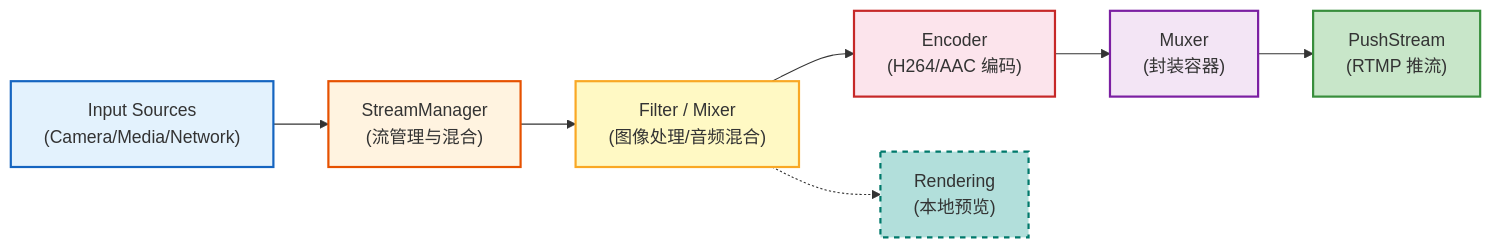
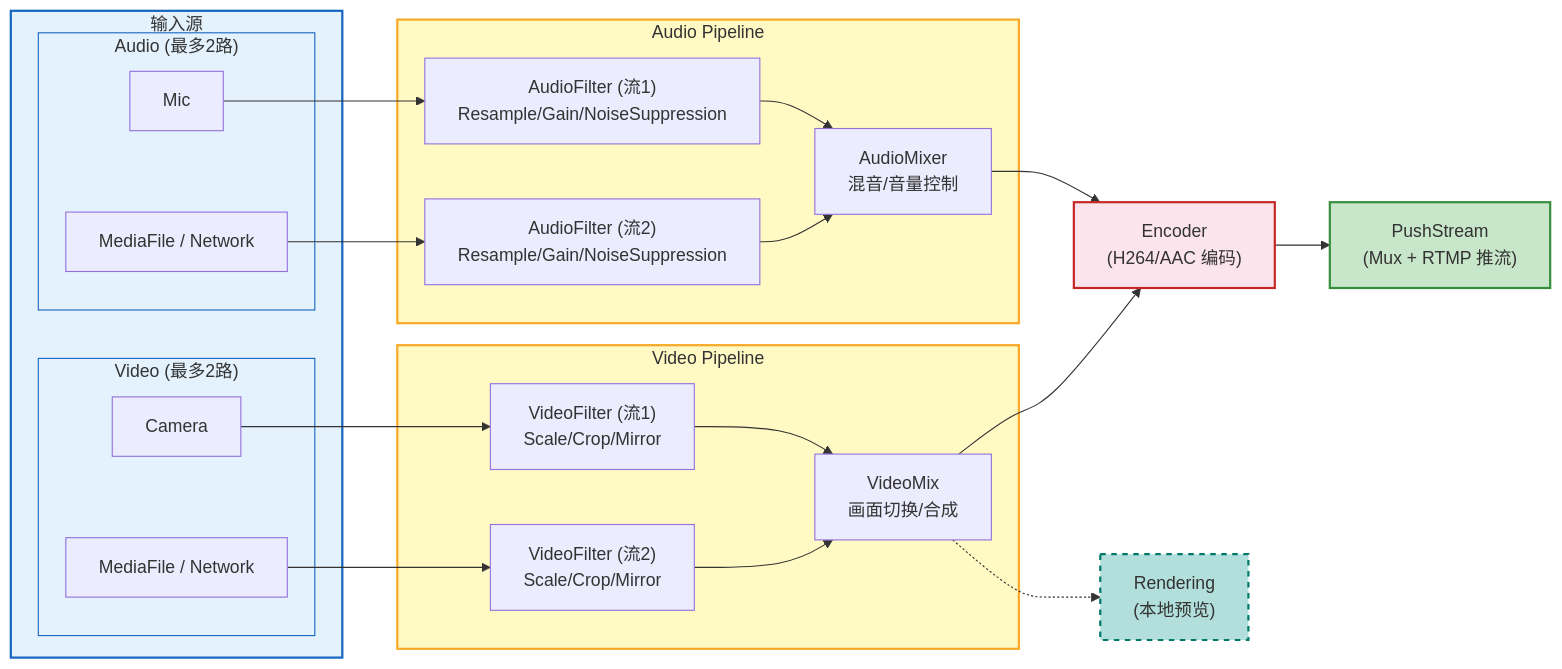
The second of 3 diagrams in Doc/NewPlan/TaskNewPlan.md (xiaerfei/WorkLabs), drawn with Mermaid before and after one commit. The commit also changed other lines of this file and 8 other files, not shown here.

````diff
--- a/Doc/NewPlan/TaskNewPlan.md
+++ b/Doc/NewPlan/TaskNewPlan.md
@@ -103,21 +105,53 @@
 ```mermaid
 flowchart LR
-    InputSources["Input Sources<br/>(Camera/Media/Network)"]
-    StreamManager["StreamManager<br/>(流管理与混合)"]
-    FilterMixer["Filter / Mixer<br/>(图像处理/音频混合)"]
+    subgraph Input["输入源"]
+        subgraph VSrc["Video (最多2路)"]
+            Camera["Camera"]
+            MediaOrNet_V["MediaFile / Network"]
+        end
+        subgraph ASrc["Audio (最多2路)"]
+            Mic["Mic"]
+            MediaOrNet_A["MediaFile / Network"]
+        end
+    end
+
+    subgraph VideoPipeline["Video Pipeline"]
+        VideoFilter1["VideoFilter (流1)<br/>Scale/Crop/Mirror"]
+        VideoFilter2["VideoFilter (流2)<br/>Scale/Crop/Mirror"]
+        VideoMix["VideoMix<br/>画面切换/合成"]
+    end
+
+    subgraph AudioPipeline["Audio Pipeline"]
+        AudioFilter1["AudioFilter (流1)<br/>Resample/Gain/NoiseSuppression"]
+        AudioFilter2["AudioFilter (流2)<br/>Resample/Gain/NoiseSuppression"]
+        AudioMixer["AudioMixer<br/>混音/音量控制"]
+    end
+
     Encoder["Encoder<br/>(H264/AAC 编码)"]
-    Muxer["Muxer<br/>(封装容器)"]
-    PushStream["PushStream<br/>(RTMP 推流)"]
+    PushStream["PushStream<br/>(Mux + RTMP 推流)"]
     Rendering["Rendering<br/>(本地预览)"]
 
-    InputSources --> StreamManager --> FilterMixer --> Encoder --> Muxer --> PushStream
-    FilterMixer -.-> Rendering
-    
-    style InputSources fill:#e3f2fd,stroke:#1565c0,stroke-width:2px
-    style StreamManager fill:#fff3e0,stroke:#e65100,stroke-width:2px
-    style FilterMixer fill:#fff9c4,stroke:#f9a825,stroke-width:2px
+    Camera --> VideoFilter1
+    MediaOrNet_V --> VideoFilter2
+    Mic --> AudioFilter1
+    MediaOrNet_A --> AudioFilter2
+
+    VideoFilter1 --> VideoMix
+    VideoFilter2 --> VideoMix
+    AudioFilter1 --> AudioMixer
+    AudioFilter2 --> AudioMixer
+
+    VideoMix --> Encoder
+    AudioMixer --> Encoder
+    Encoder --> PushStream
+    VideoMix -.-> Rendering
+
+    style Input fill:#e3f2fd,stroke:#1565c0,stroke-width:2px
+    style VSrc fill:#e3f2fd,stroke:#1565c0,stroke-width:1px
+    style ASrc fill:#e3f2fd,stroke:#1565c0,stroke-width:1px
+    style VideoPipeline fill:#fff9c4,stroke:#f9a825,stroke-width:2px
+    style AudioPipeline fill:#fff9c4,stroke:#f9a825,stroke-width:2px
     style Encoder fill:#fce4ec,stroke:#c62828,stroke-width:2px
-    style Muxer fill:#f3e5f5,stroke:#7b1fa2,stroke-width:2px
     style PushStream fill:#c8e6c9,stroke:#388e3c,stroke-width:2px
     style Rendering fill:#b2dfdb,stroke:#00796b,stroke-width:2px,stroke-dasharray: 5 5
 ```
````
